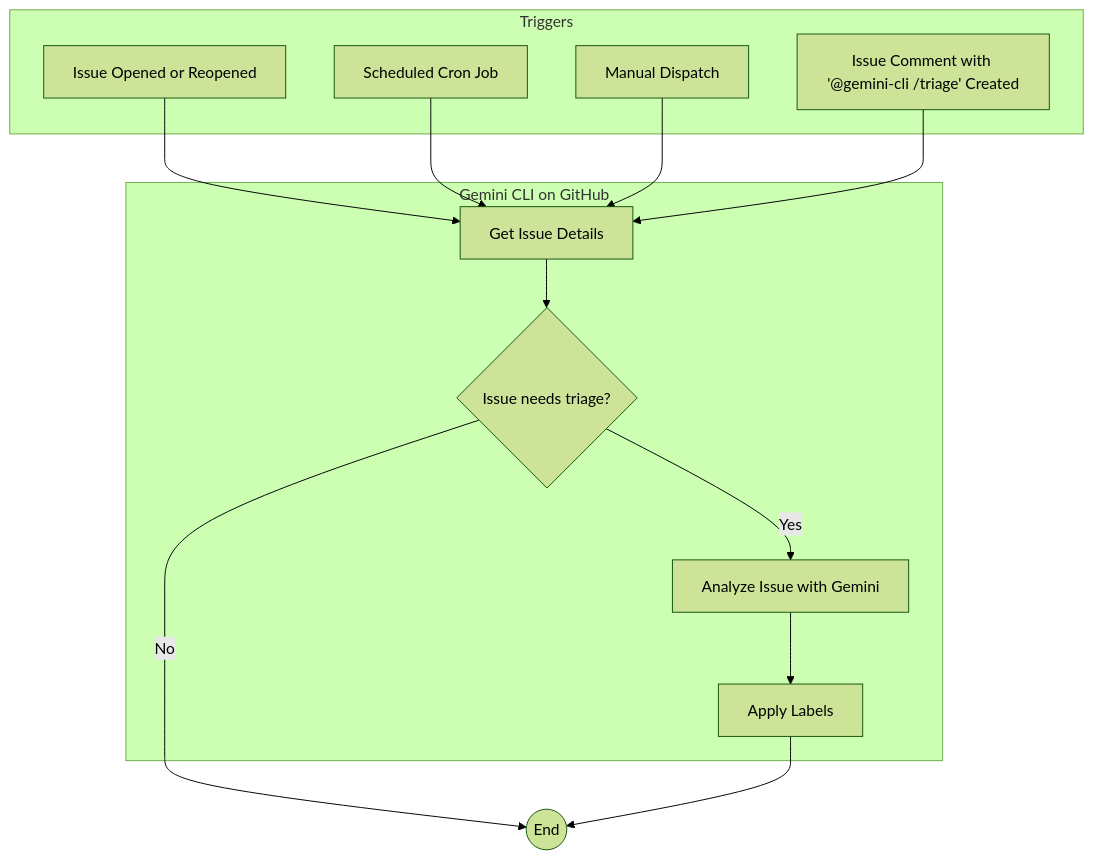
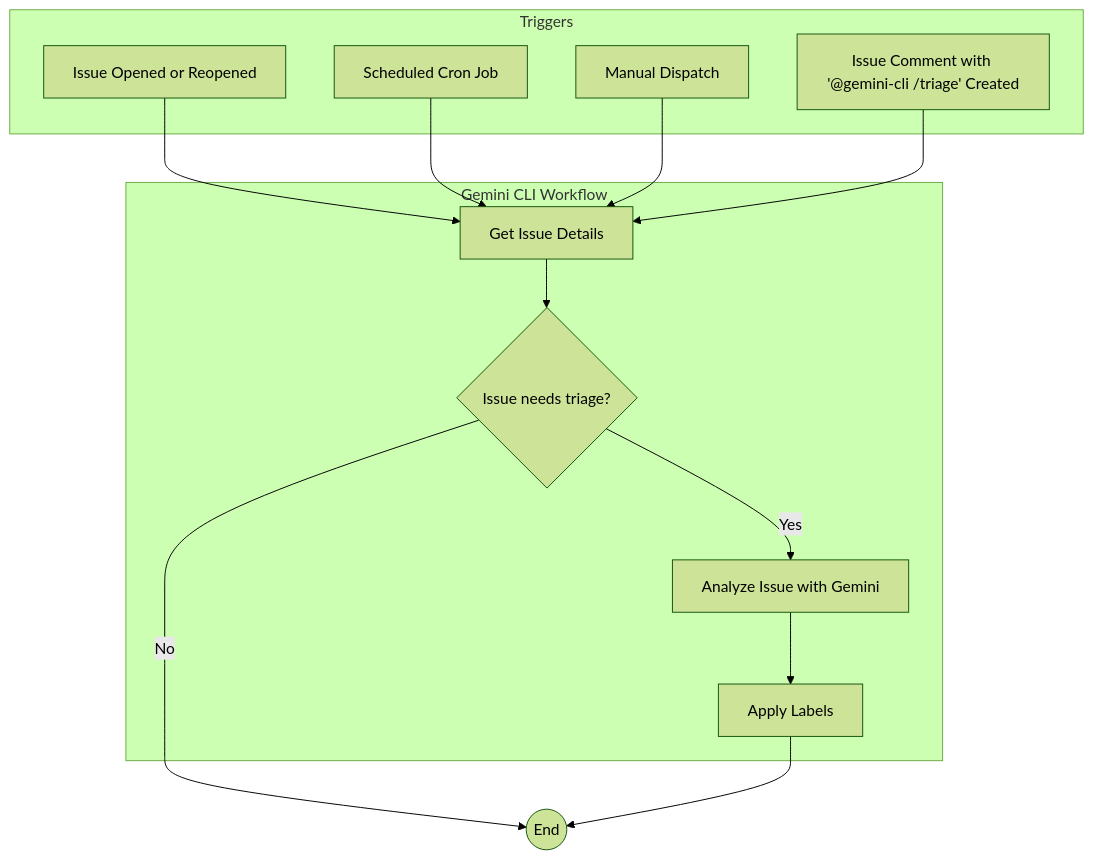
Before and after one commit to google-github-actions/run-gemini-cli: the diagram in workflows/issue-triage/README.md, drawn with Mermaid (forest theme). The commit also changed other lines of this file and 8 other files, not shown here.

````diff
--- a/workflows/issue-triage/README.md
+++ b/workflows/issue-triage/README.md
@@ -15,26 +81,26 @@
 ```mermaid
-graph TD
+flowchart TD
     subgraph "Triggers"
         A[Issue Opened or Reopened]
         B[Scheduled Cron Job]
         C[Manual Dispatch]
         D[Issue Comment with '@gemini-cli /triage' Created]
     end
 
-    subgraph "Gemini CLI on GitHub"
+    subgraph "Gemini CLI Workflow"
         E[Get Issue Details]
         F{Issue needs triage?}
         G[Analyze Issue with Gemini]
         H[Apply Labels]
     end
 
     A --> E
     B --> E
     C --> E
     D --> E
     E --> F
     F -- Yes --> G
     G --> H
     F -- No --> J((End))
     H --> J
 ```
````
